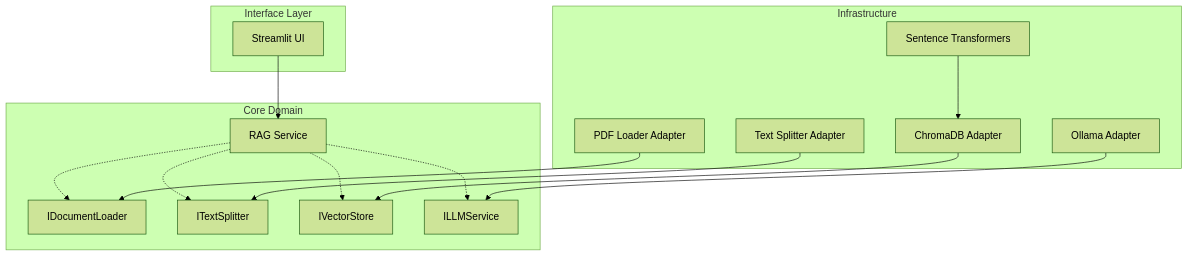
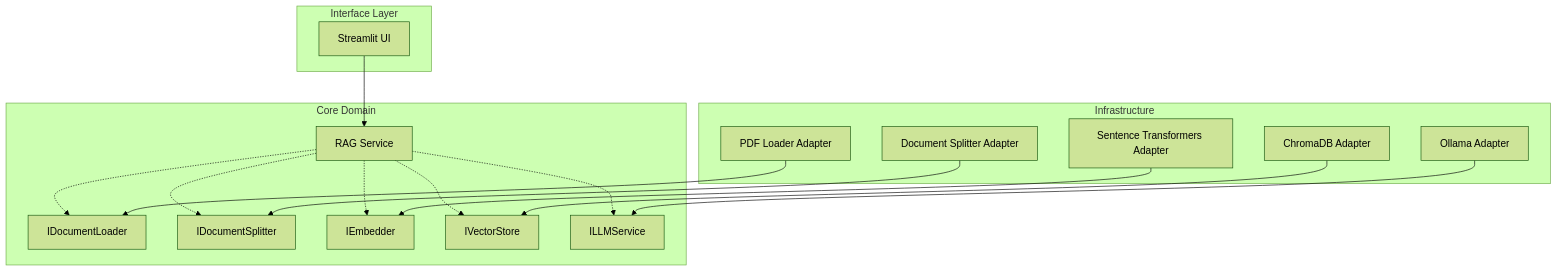
One commit to salma-elanigri/esg-rag-analyzer changed the diagram in README.md. Above: the diagram before and after it, drawn with Mermaid (forest theme). The commit also changed other lines of this file and 1 other file, not shown here.

Commit message:
update gitignore and readme

````diff
--- a/README.md
+++ b/README.md
@@ -21,37 +21,38 @@
 ```mermaid
 graph TD
 
     subgraph Interface Layer
         UI[Streamlit UI]
     end
 
     subgraph Core Domain
         Service[RAG Service]
         Port1[IDocumentLoader]
-        Port2[ITextSplitter]
-        Port3[IVectorStore]
-        Port4[ILLMService]
+        Port2[IDocumentSplitter]
+        Port3[IEmbedder]
+        Port4[IVectorStore]
+        Port5[ILLMService]
     end
 
     subgraph Infrastructure
         Loader[PDF Loader Adapter]
-        Splitter[Text Splitter Adapter]
+        Splitter[Document Splitter Adapter]
+        Embedder[Sentence Transformers Adapter]
         Store[ChromaDB Adapter]
         LLM[Ollama Adapter]
-        Embedder[Sentence Transformers]
     end
 
     UI --> Service
 
     Service -.-> Port1
     Service -.-> Port2
     Service -.-> Port3
     Service -.-> Port4
+    Service -.-> Port5
 
     Loader --> Port1
     Splitter --> Port2
-    Store --> Port3
-    LLM --> Port4
-
-    Embedder --> Store
+    Embedder --> Port3
+    Store --> Port4
+    LLM --> Port5
 ```
````
